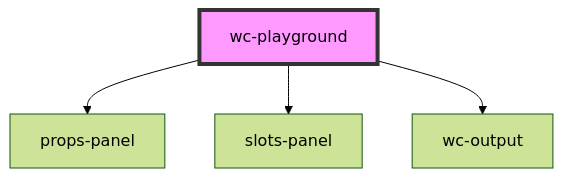
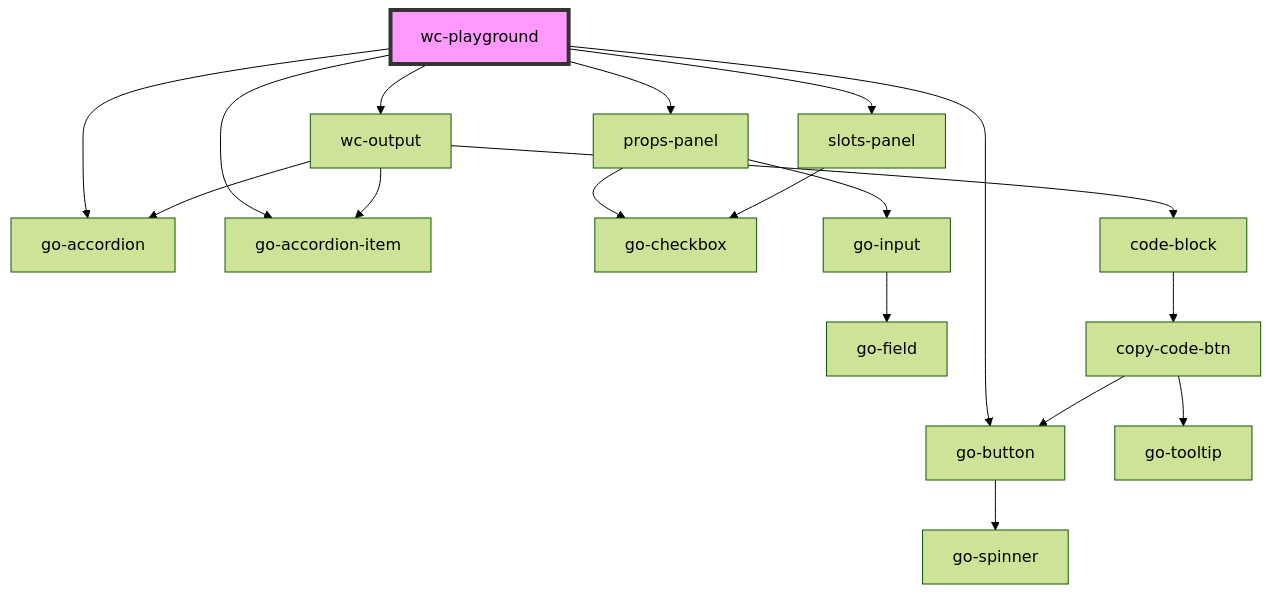
The diagram in src/components/demo-playground/readme.md (getgoui/demo-frame), drawn with Mermaid (forest theme) before and after one commit. The commit also changed other lines of this file and 6 other files, not shown here.

````diff
--- a/src/components/demo-playground/readme.md
+++ b/src/components/demo-playground/readme.md
@@ -33,7 +36,21 @@
 ```mermaid
 graph TD;
+  wc-playground --> go-button
+  wc-playground --> go-accordion
+  wc-playground --> go-accordion-item
   wc-playground --> props-panel
   wc-playground --> slots-panel
   wc-playground --> wc-output
+  go-button --> go-spinner
+  props-panel --> go-checkbox
+  props-panel --> go-input
+  go-input --> go-field
+  slots-panel --> go-checkbox
+  wc-output --> go-accordion
+  wc-output --> go-accordion-item
+  wc-output --> code-block
+  code-block --> copy-code-btn
+  copy-code-btn --> go-button
+  copy-code-btn --> go-tooltip
   style wc-playground fill:#f9f,stroke:#333,stroke-width:4px
 ```
````
